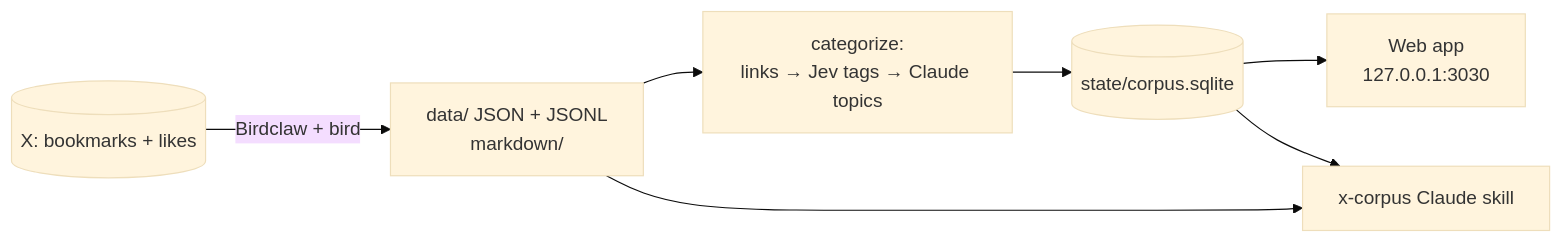
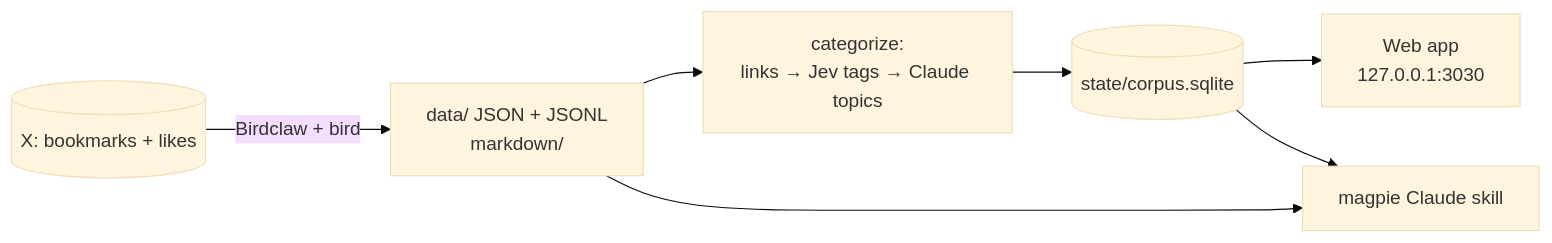
One commit to ianpoley/magpie changed the diagram in README.md. Above: the diagram before and after it, drawn with Mermaid (base theme). The commit also changed other lines of this file and 44 other files, not shown here.

First line of the commit message:
refactor: rename x-corpus to magpie, with a handover for existing installs

````diff
--- a/README.md
+++ b/README.md
@@ -32,9 +32,9 @@
 ```mermaid
 flowchart LR
   X[("X: bookmarks + likes")] -->|"Birdclaw + bird"| D["data/ JSON + JSONL<br/>markdown/"]
   D --> C["categorize:<br/>links → Jev tags → Claude topics"]
   C --> S[("state/corpus.sqlite")]
   S --> W["Web app<br/>127.0.0.1:3030"]
-  S --> K["x-corpus Claude skill"]
+  S --> K["magpie Claude skill"]
   D --> K
 ```
````
